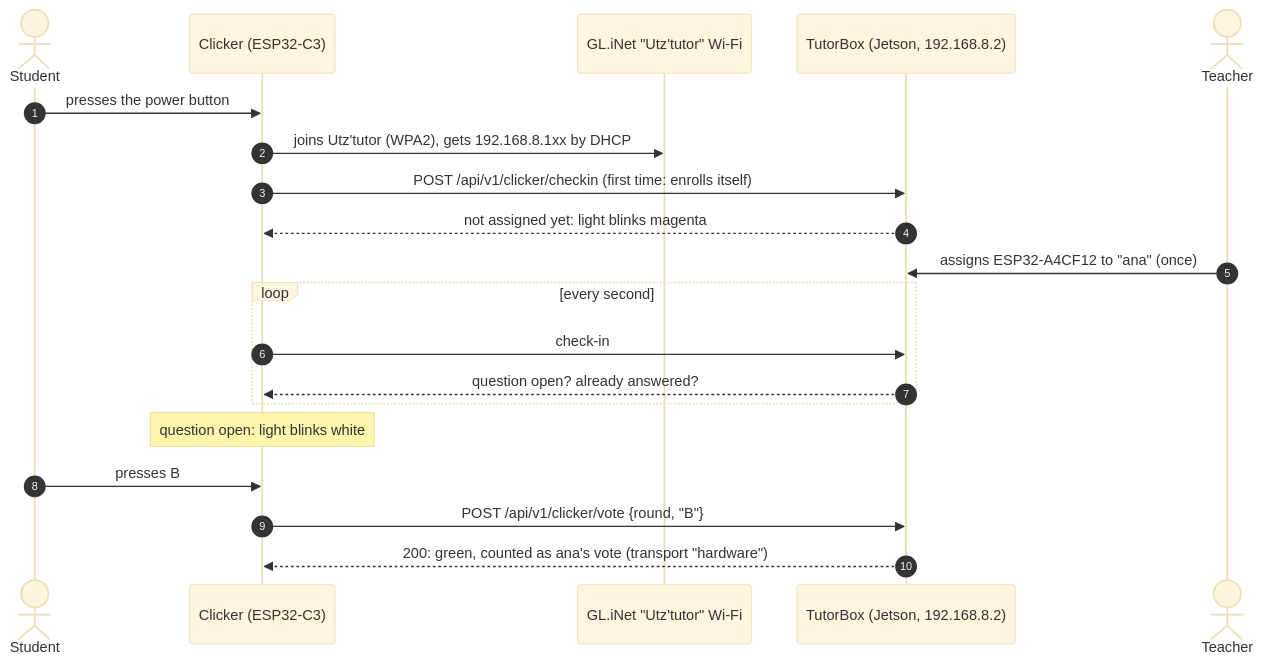
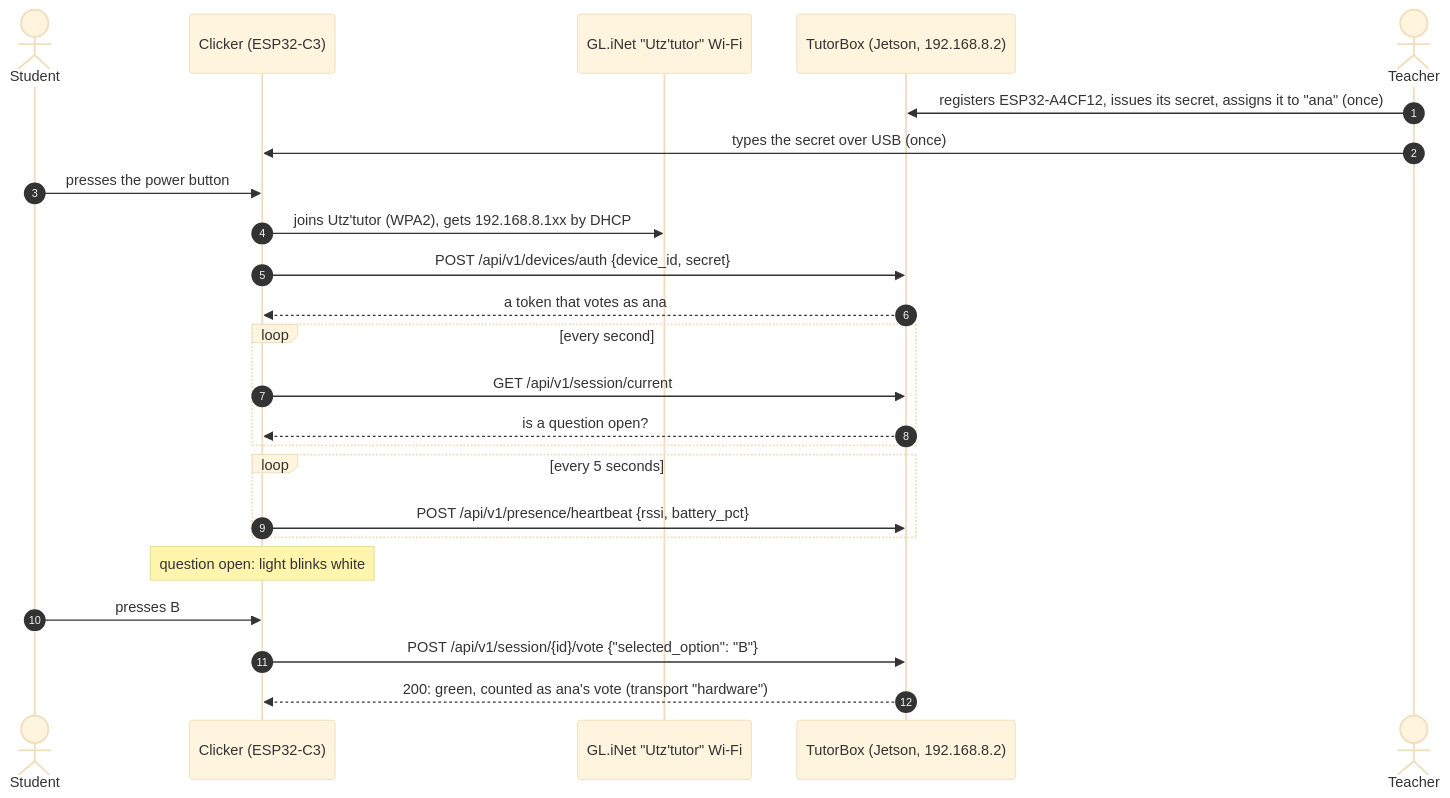
One commit to GabGP/TutorBox changed the first of 2 diagrams in firmware/clicker/README.md. Above: the diagram before and after it, drawn with Mermaid (base theme). The commit also changed other lines of this file and 19 other files, not shown here.

Commit message:
feat(firmware): port the clicker to the device auth, shared vote and presence endpoints

````diff
--- a/firmware/clicker/README.md
+++ b/firmware/clicker/README.md
@@ -35,23 +35,27 @@
 ```mermaid
 sequenceDiagram
     autonumber
     actor Kid as Student
     participant C as Clicker (ESP32-C3)
     participant R as GL.iNet "Utz'tutor" Wi-Fi
     participant T as TutorBox (Jetson, 192.168.8.2)
     actor Teacher
 
+    Teacher->>T: registers ESP32-A4CF12, issues its secret, assigns it to "ana" (once)
+    Teacher->>C: types the secret over USB (once)
     Kid->>C: presses the power button
     C->>R: joins Utz'tutor (WPA2), gets 192.168.8.1xx by DHCP
-    C->>T: POST /api/v1/clicker/checkin (first time: enrolls itself)
-    T-->>C: not assigned yet: light blinks magenta
-    Teacher->>T: assigns ESP32-A4CF12 to "ana" (once)
+    C->>T: POST /api/v1/devices/auth {device_id, secret}
+    T-->>C: a token that votes as ana
     loop every second
-        C->>T: check-in
-        T-->>C: question open? already answered?
+        C->>T: GET /api/v1/session/current
+        T-->>C: is a question open?
+    end
+    loop every 5 seconds
+        C->>T: POST /api/v1/presence/heartbeat {rssi, battery_pct}
     end
     Note over C: question open: light blinks white
     Kid->>C: presses B
-    C->>T: POST /api/v1/clicker/vote {round, "B"}
+    C->>T: POST /api/v1/session/{id}/vote {"selected_option": "B"}
     T-->>C: 200: green, counted as ana's vote (transport "hardware")
 ```
````
